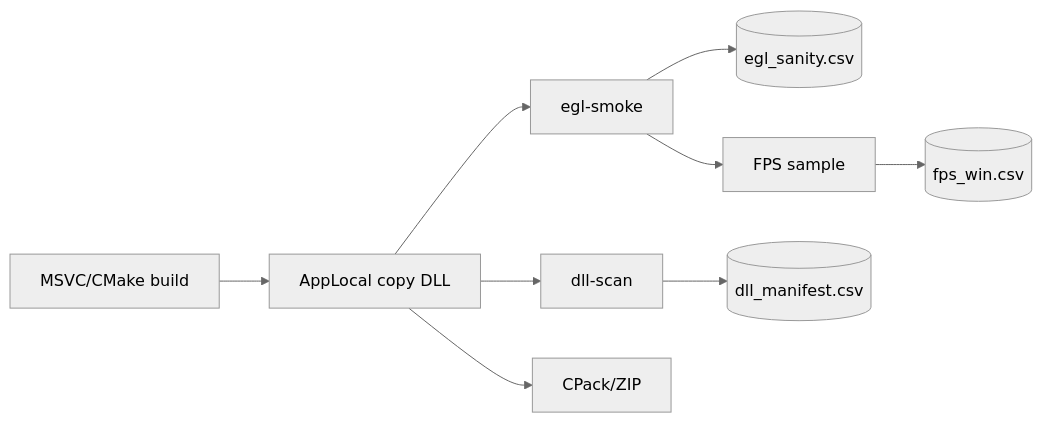
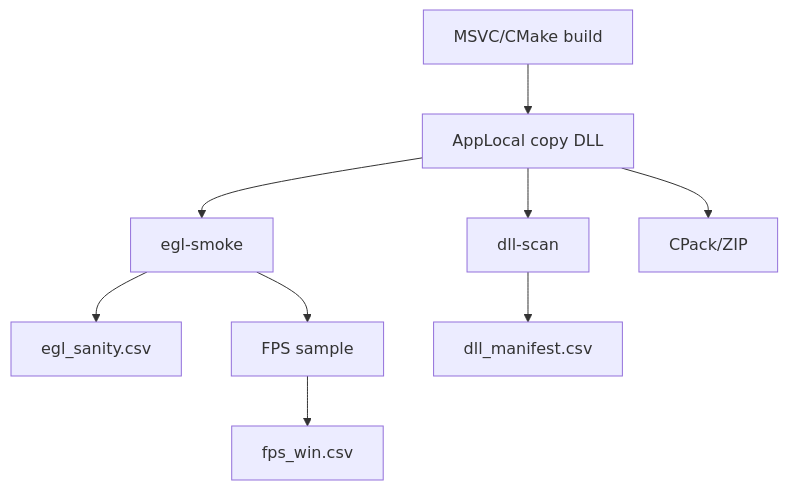
One commit to lukaszj321/otcv8-dev changed the second of 2 diagrams in docs/authoring/_sources/chapter_15_vc16_docs_export_kit_authoring_agent_ready.md. Above: the diagram before and after it, drawn with Mermaid. The commit also changed other lines of this file, not shown here.

Commit message:
Fix Mermaid syntax in documentation
Updated Mermaid diagrams for rendering and pipeline sections.

````diff
--- a/docs/authoring/_sources/chapter_15_vc16_docs_export_kit_authoring_agent_ready.md
+++ b/docs/authoring/_sources/chapter_15_vc16_docs_export_kit_authoring_agent_ready.md
@@ -173,12 +172,11 @@
-```{mermaid}
-%%{init: { 'theme': 'neutral' }}%%
-flowchart LR
+```mermaid
+graph TD
   A[MSVC/CMake build] --> B[AppLocal copy DLL]
   B --> C[egl-smoke]
-  C --> D[(egl_sanity.csv)]
+  C --> D[egl_sanity.csv]
   B --> E[dll-scan]
-  E --> F[(dll_manifest.csv)]
+  E --> F[dll_manifest.csv]
   C --> G[FPS sample]
-  G --> H[(fps_win.csv)]
+  G --> H[fps_win.csv]
   B --> I[CPack/ZIP]
 ```
````
